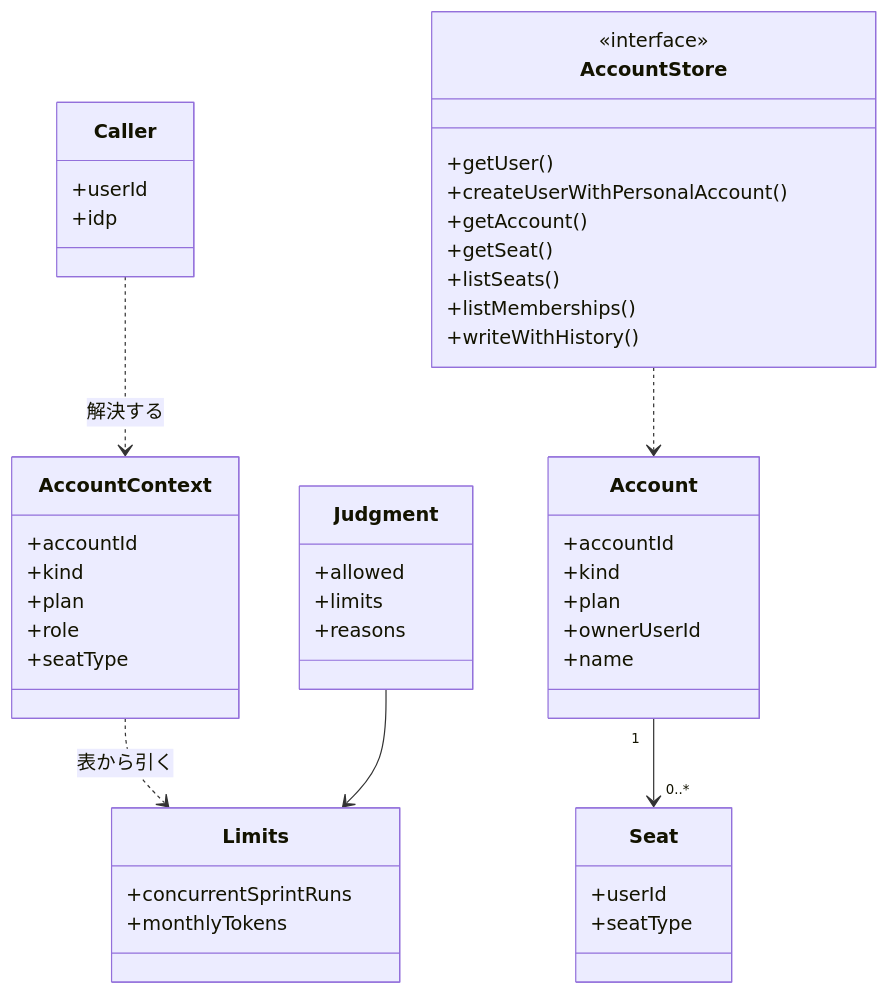
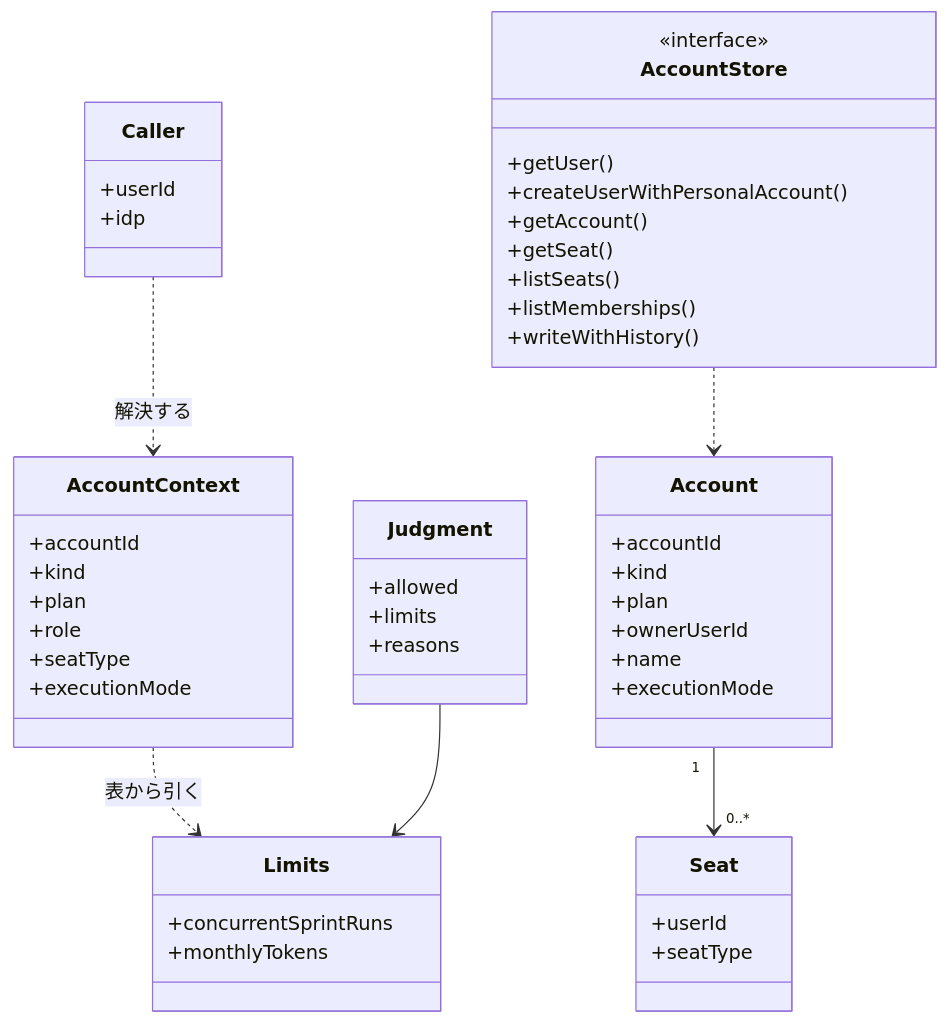
The fourth of 5 diagrams in issues/issue-2170-design.md (devbasex/ai-plugins), drawn with Mermaid before and after one commit. The commit also changed other lines of this file and 5 other files, not shown here.

````diff
--- a/issues/issue-2170-design.md
+++ b/issues/issue-2170-design.md
@@ -227,49 +235,51 @@
 ```mermaid
 classDiagram
     class Caller {
         +userId
         +idp
     }
     class AccountContext {
         +accountId
         +kind
         +plan
         +role
         +seatType
+        +executionMode
     }
     class Account {
         +accountId
         +kind
         +plan
         +ownerUserId
         +name
+        +executionMode
     }
     class Seat {
         +userId
         +seatType
     }
     class Limits {
         +concurrentSprintRuns
         +monthlyTokens
     }
     class Judgment {
         +allowed
         +limits
         +reasons
     }
     class AccountStore {
         <<interface>>
         +getUser()
         +createUserWithPersonalAccount()
         +getAccount()
         +getSeat()
         +listSeats()
         +listMemberships()
         +writeWithHistory()
     }
     Account "1" --> "0..*" Seat
     AccountContext ..> Limits : 表から引く
     Judgment --> Limits
     Caller ..> AccountContext : 解決する
     AccountStore ..> Account
 ```
````
